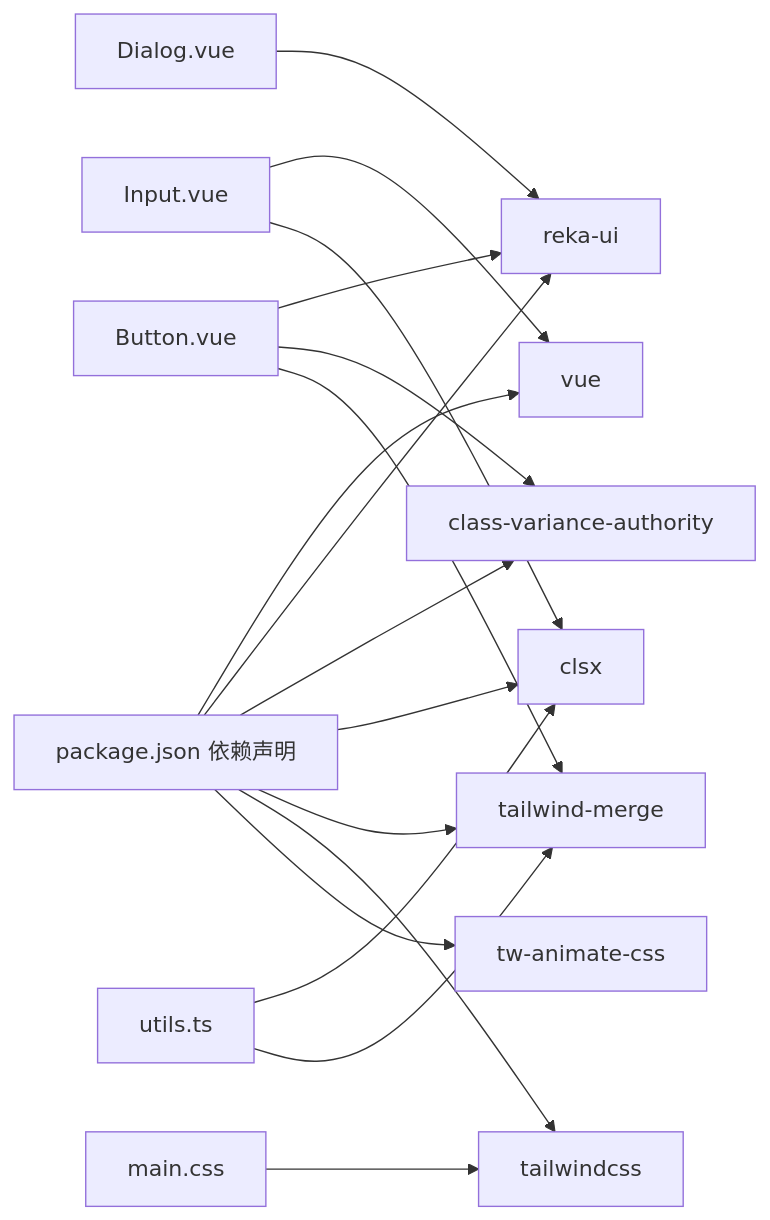
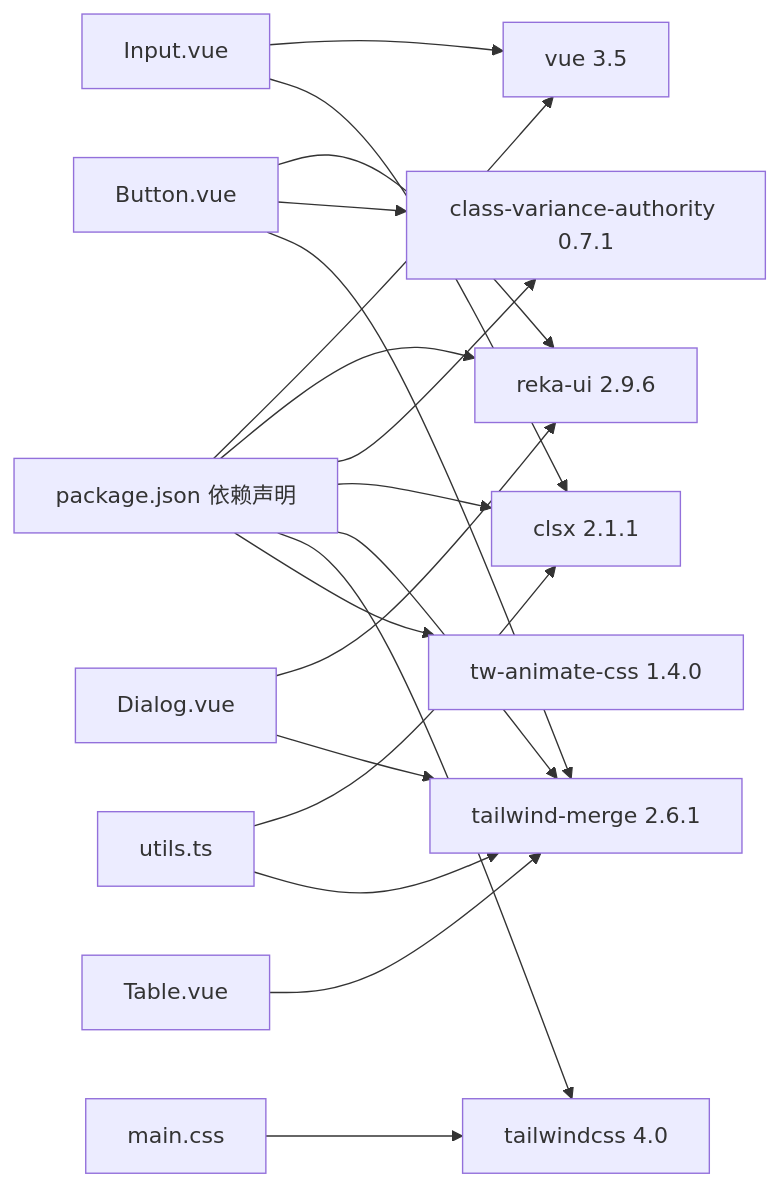
Before and after one commit to hipig/autoOps: the third of 3 diagrams in .qoder/repowiki/zh/content/前端应用/UI组件库/UI组件库.md, drawn with Mermaid. The commit also changed other lines of this file and 37 other files, not shown here.

````diff
--- a/.qoder/repowiki/zh/content/前端应用/UI组件库/UI组件库.md
+++ b/.qoder/repowiki/zh/content/前端应用/UI组件库/UI组件库.md
@@ -285,19 +354,21 @@
 ```mermaid
 graph LR
-Pkg["package.json 依赖声明"] --> Vue["vue"]
-Pkg --> Reka["reka-ui"]
-Pkg --> CVA["class-variance-authority"]
-Pkg --> CLSX["clsx"]
-Pkg --> TWM["tailwind-merge"]
-Pkg --> TW["tailwindcss"]
-Pkg --> Animate["tw-animate-css"]
+Pkg["package.json 依赖声明"] --> Vue["vue 3.5"]
+Pkg --> Reka["reka-ui 2.9.6"]
+Pkg --> CVA["class-variance-authority 0.7.1"]
+Pkg --> CLSX["clsx 2.1.1"]
+Pkg --> TWM["tailwind-merge 2.6.1"]
+Pkg --> TW["tailwindcss 4.0"]
+Pkg --> Animate["tw-animate-css 1.4.0"]
 Btn["Button.vue"] --> Reka
 Btn --> CVA
 Btn --> TWM
 Dlg["Dialog.vue"] --> Reka
+Dlg --> TWM
 Inp["Input.vue"] --> Vue
 Inp --> CLSX
+Tbl["Table.vue"] --> TWM
 Utils["utils.ts"] --> CLSX
 Utils --> TWM
 CSS["main.css"] --> TW
 ```
````
